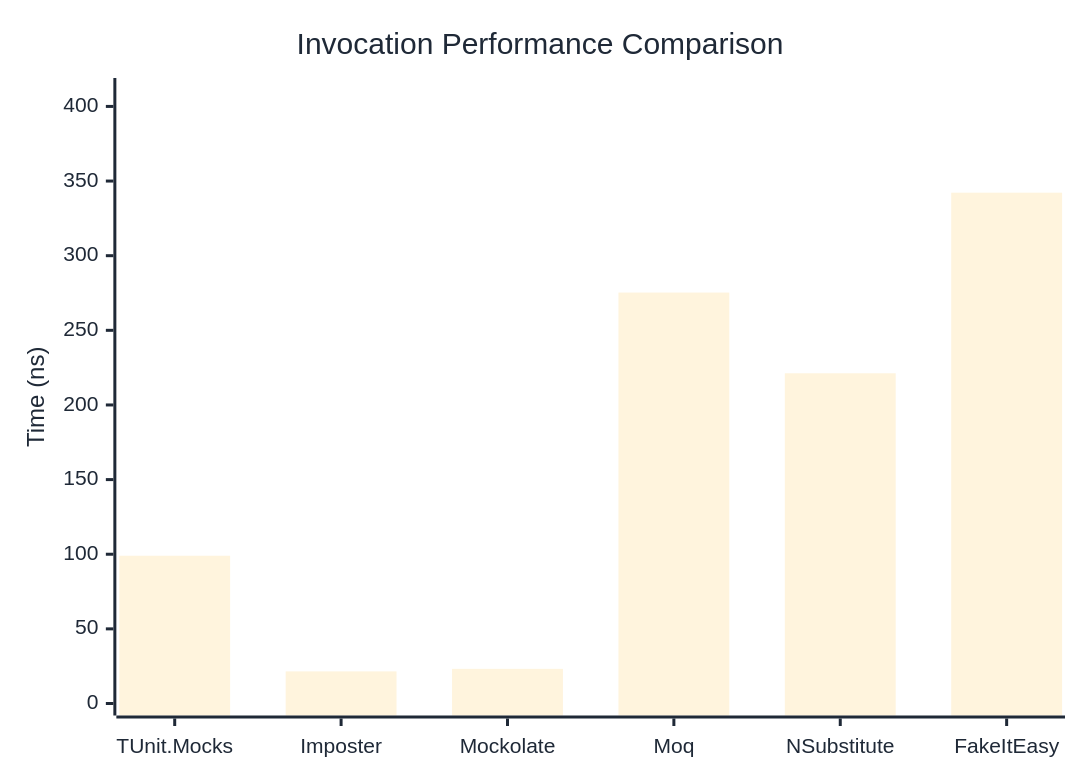
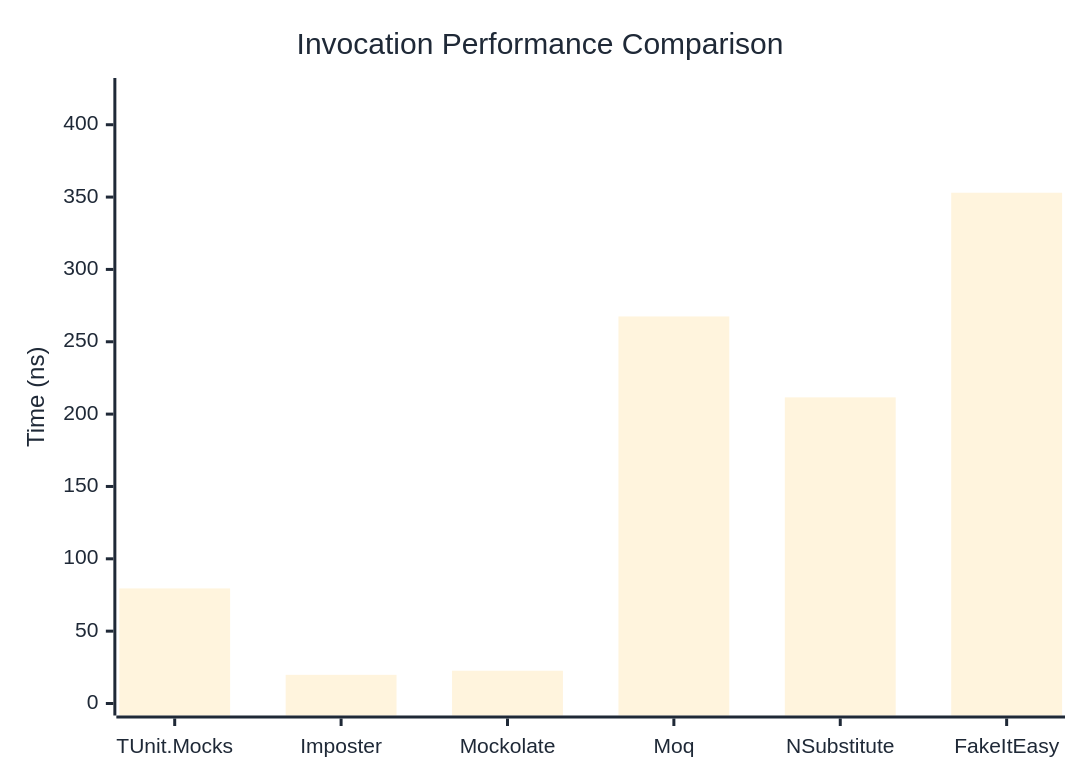
One commit to thomhurst/TUnit changed the second of 3 diagrams in docs/docs/benchmarks/mocks/Invocation.md. Above: the diagram before and after it, drawn with Mermaid. The commit also changed other lines of this file and 14 other files, not shown here.

````diff
--- a/docs/docs/benchmarks/mocks/Invocation.md
+++ b/docs/docs/benchmarks/mocks/Invocation.md
@@ -71,27 +71,27 @@
 ```mermaid
 %%{init: {
   'theme':'base',
   'themeVariables': {
     'primaryColor': '#2563eb',
     'primaryTextColor': '#1f2937',
     'primaryBorderColor': '#1e40af',
     'lineColor': '#6b7280',
     'secondaryColor': '#7c3aed',
     'tertiaryColor': '#dc2626',
     'background': '#ffffff',
     'pie1': '#2563eb',
     'pie2': '#7c3aed',
     'pie3': '#dc2626',
     'pie4': '#f59e0b',
     'pie5': '#10b981',
     'pie6': '#06b6d4',
     'pie7': '#ec4899',
     'pie8': '#6366f1'
   }
 }}%%
 xychart-beta
   title "Invocation Performance Comparison"
   x-axis ["TUnit.Mocks", "Imposter", "Mockolate", "Moq", "NSubstitute", "FakeItEasy"]
-  y-axis "Time (ns)" 0 --> 411
-  bar [98.99, 21.51, 23.21, 275.3, 221.23, 342.21]
+  y-axis "Time (ns)" 0 --> 424
+  bar [79.53, 19.81, 22.65, 267.49, 211.58, 353.01]
 ```
````
